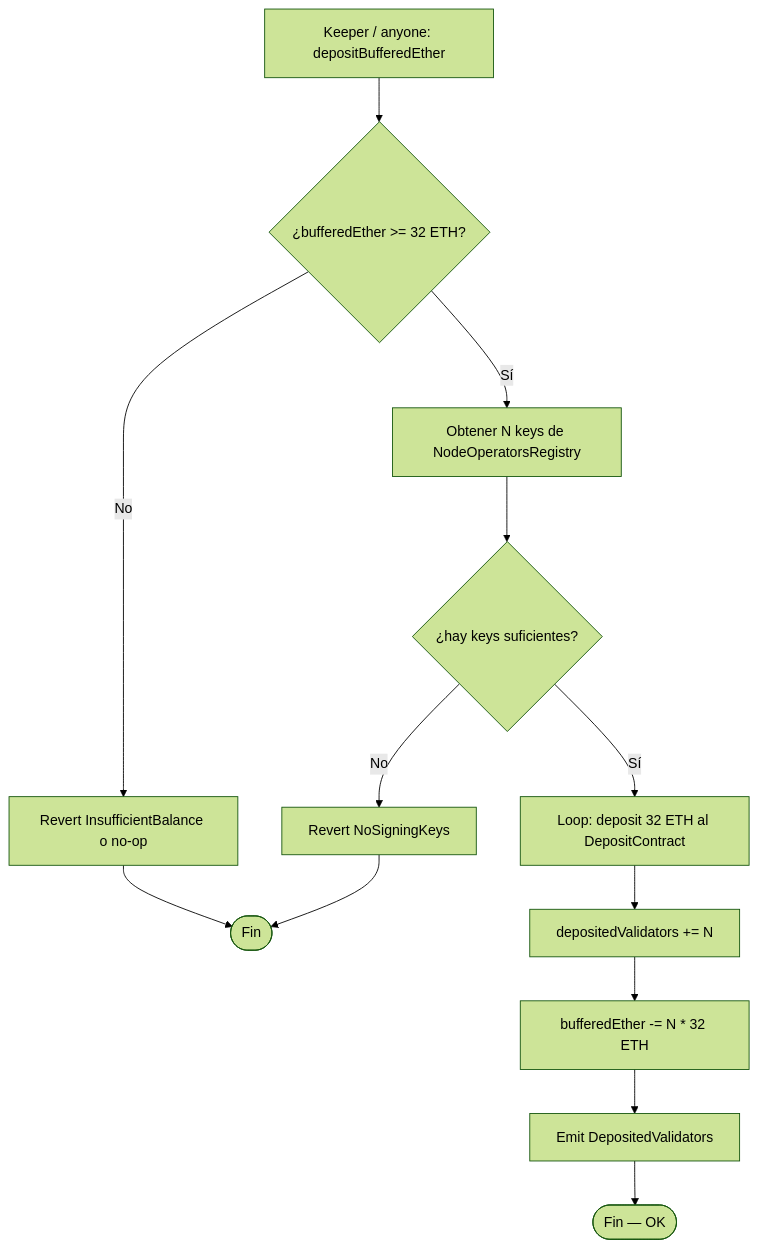
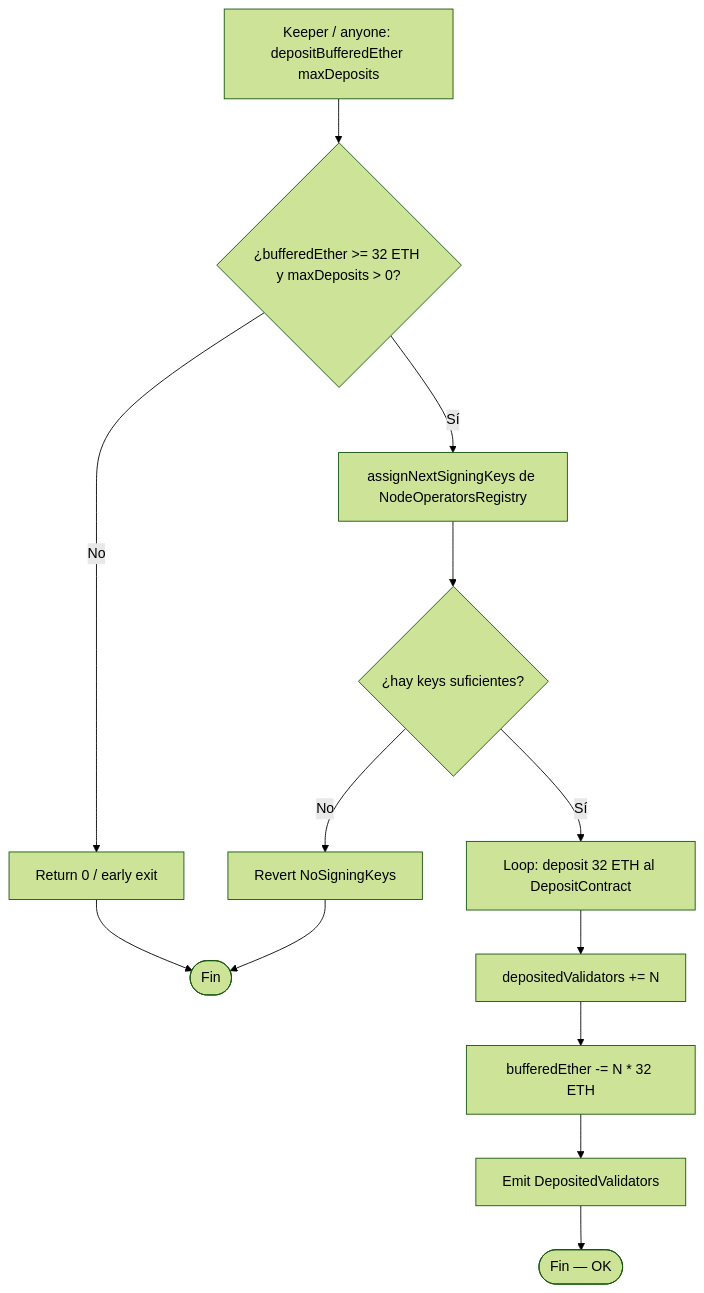
Before and after one commit to rastrahm/liquid-staking-protocol: the second of 6 diagrams in doc/diagrama-de-flujo.md, drawn with Mermaid (forest theme). The commit also changed other lines of this file and 12 other files, not shown here.

````diff
--- a/doc/diagrama-de-flujo.md
+++ b/doc/diagrama-de-flujo.md
@@ -33,15 +30,15 @@
 ```mermaid
 flowchart TD
-    A[Keeper / anyone: depositBufferedEther] --> B{¿bufferedEther >= 32 ETH?}
-    B -->|No| Z0[Revert InsufficientBalance o no-op]
-    B -->|Sí| C[Obtener N keys de NodeOperatorsRegistry]
+    A[Keeper / anyone: depositBufferedEther maxDeposits] --> B{¿bufferedEther >= 32 ETH y maxDeposits > 0?}
+    B -->|No| Z0[Return 0 / early exit]
+    B -->|Sí| C[assignNextSigningKeys de NodeOperatorsRegistry]
     C --> D{¿hay keys suficientes?}
     D -->|No| Z1[Revert NoSigningKeys]
     D -->|Sí| E[Loop: deposit 32 ETH al DepositContract]
     E --> F[depositedValidators += N]
     F --> G[bufferedEther -= N * 32 ETH]
     G --> H[Emit DepositedValidators]
     H --> Ok([Fin — OK])
     Z0 --> End([Fin])
     Z1 --> End
 ```
````
